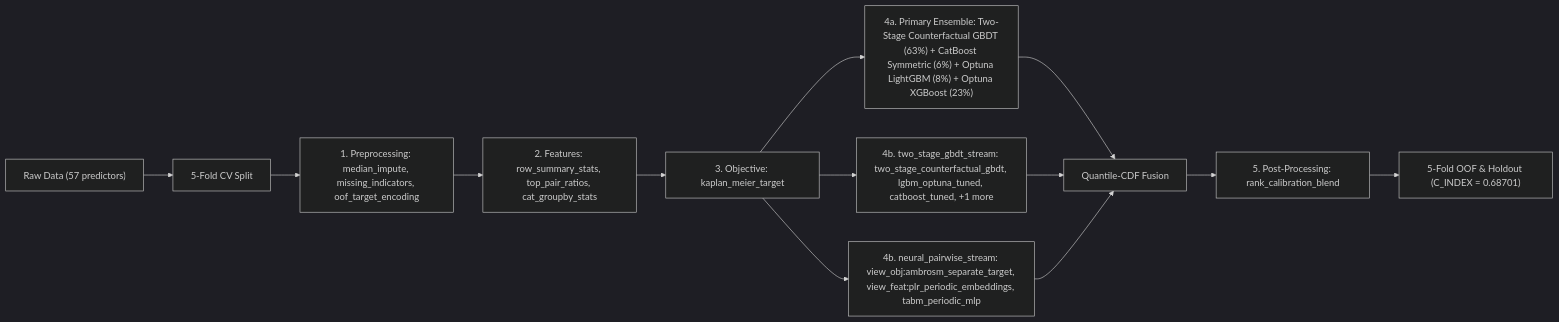
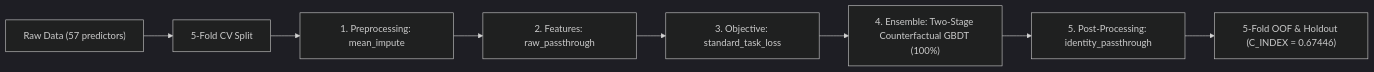
One commit to stefanoclss/CIBMTR-Equity-in-Post-HCT-Survival-Predictions changed the diagram in README.md. Above: the diagram before and after it, drawn with Mermaid (dark theme). The commit also changed other lines of this file, not shown here.

First line of the commit message:
docs(readme): refresh verified OOF benchmark & build ledger (C_INDEX=0.67446)

````diff
--- a/README.md
+++ b/README.md
@@ -72,15 +69,10 @@
 ```mermaid
 flowchart LR
     DATA["Raw Data (57 predictors)"] --> SPLIT["5-Fold CV Split"]
-    SPLIT --> PRE["1. Preprocessing: median_impute, missing_indicators, oof_target_encoding"]
-    PRE --> FEAT["2. Features: row_summary_stats, top_pair_ratios, cat_groupby_stats"]
-    FEAT --> OBJ["3. Objective: kaplan_meier_target"]
-    OBJ --> M0["4a. Primary Ensemble: Two-Stage Counterfactual GBDT (63%) + CatBoost Symmetric (6%) + Optuna LightGBM (8%) + Optuna XGBoost (23%)"]
-    M0 --> FUSE["Quantile-CDF Fusion"]
-    OBJ --> S1["4b. two_stage_gbdt_stream: two_stage_counterfactual_gbdt, lgbm_optuna_tuned, catboost_tuned, +1 more"]
-    S1 --> FUSE
-    OBJ --> S2["4b. neural_pairwise_stream: view_obj:ambrosm_separate_target, view_feat:plr_periodic_embeddings, tabm_periodic_mlp"]
-    S2 --> FUSE
-    FUSE --> POST["5. Post-Processing: rank_calibration_blend"]
-    POST --> OUT["5-Fold OOF & Holdout (C_INDEX = 0.68701)"]
+    SPLIT --> PRE["1. Preprocessing: mean_impute"]
+    PRE --> FEAT["2. Features: raw_passthrough"]
+    FEAT --> OBJ["3. Objective: standard_task_loss"]
+    OBJ --> M0["4. Ensemble: Two-Stage Counterfactual GBDT (100%)"]
+    M0 --> POST["5. Post-Processing: identity_passthrough"]
+    POST --> OUT["5-Fold OOF & Holdout (C_INDEX = 0.67446)"]
 ```
````
